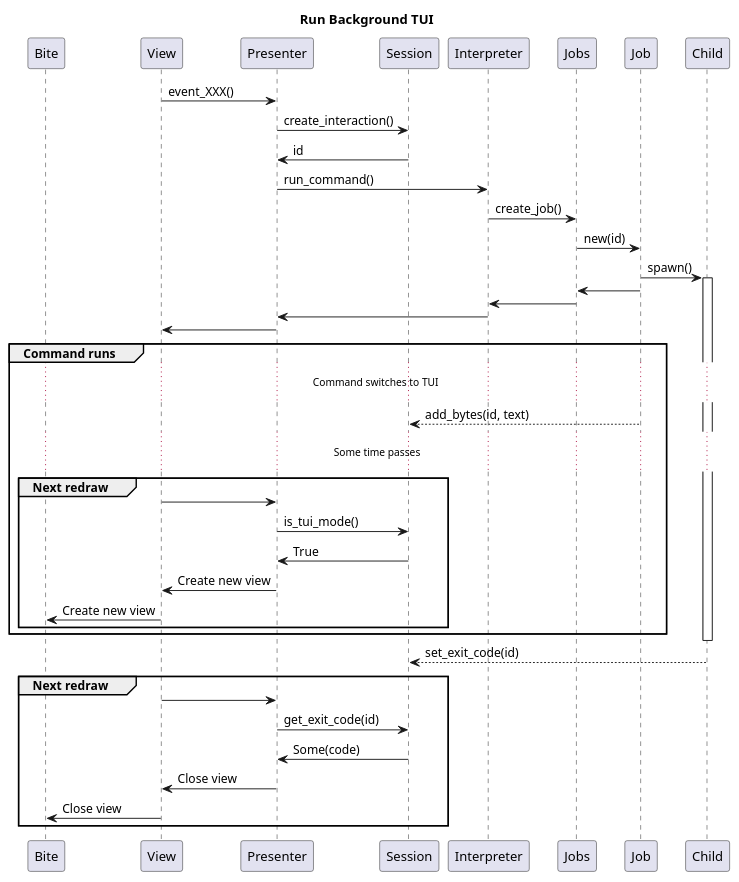
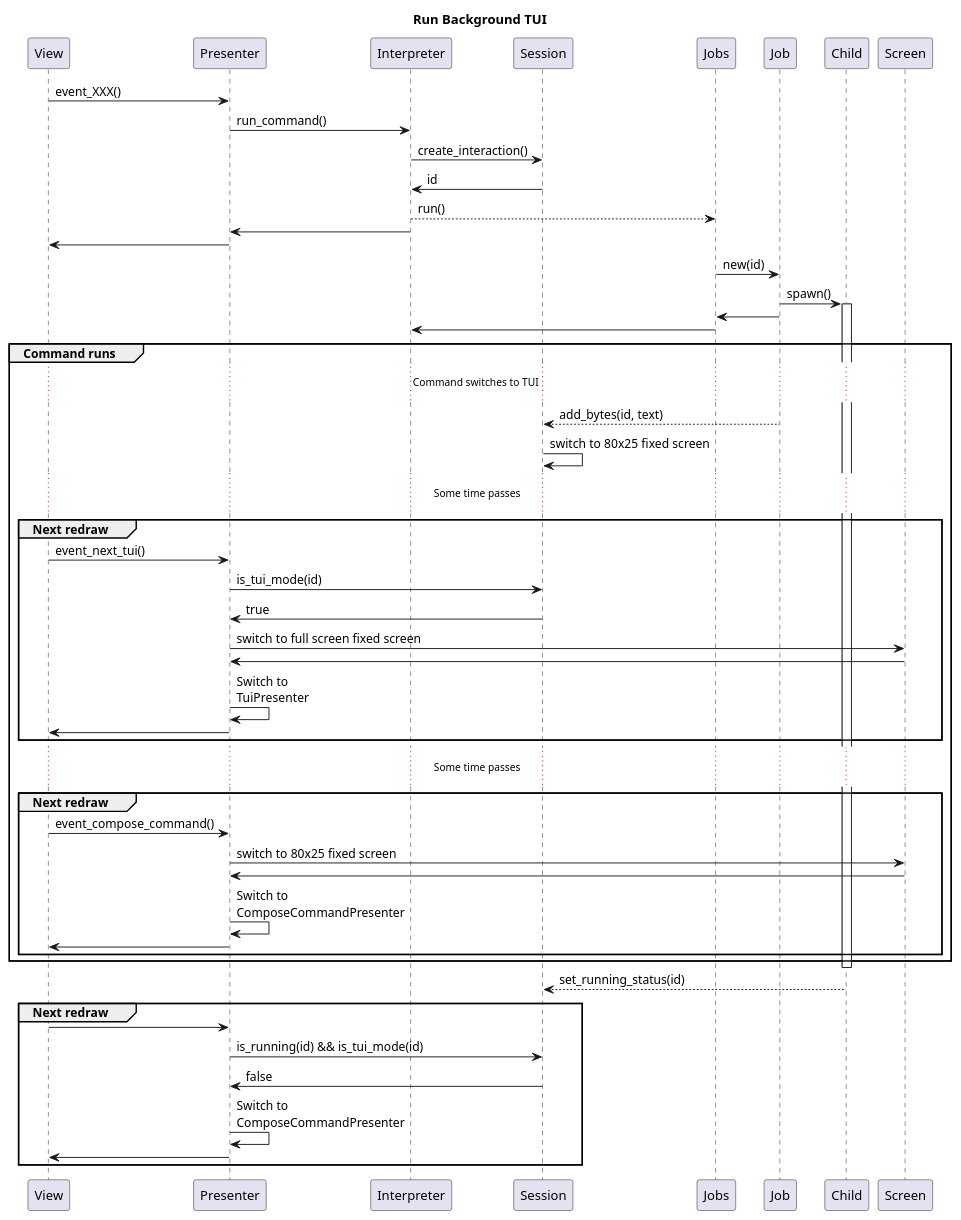
Before and after one commit to LarsEKrueger/bite: the seventh of 7 diagrams in doc/architecture.pu, drawn with PlantUML. The commit also changed other lines of this file and 10 other files, not shown here.

```diff
--- a/doc/architecture.pu
+++ b/doc/architecture.pu
@@ -235,44 +216,54 @@
 @startuml
 title Run Background TUI
 
-participant Bite
+View -> Presenter : event_XXX()
+Presenter -> Interpreter : run_command()
+Interpreter -> Session : create_interaction()
+Session -> Interpreter : id
+Interpreter --> Jobs : run()
+Interpreter -> Presenter
+Presenter -> View
 
-View -> Presenter : event_XXX()
-Presenter -> Session : create_interaction()
-Session -> Presenter : id
-
-Presenter -> Interpreter : run_command()
-Interpreter -> Jobs : create_job()
 Jobs -> Job : new(id)
 Job -> Child : spawn()
 activate Child
 Job -> Jobs
 Jobs -> Interpreter
-Interpreter -> Presenter
-Presenter -> View
 
 group Command runs
   ... Command switches to TUI  ...
   Job --> Session : add_bytes(id, text)
+  Session -> Session : switch to 80x25 fixed screen
   ... Some time passes ...
   group Next redraw
-    View -> Presenter
-    Presenter -> Session : is_tui_mode()
-    Session -> Presenter : True
-    Presenter -> View : Create new view
-    View -> Bite : Create new view
+    View -> Presenter : event_next_tui()
+    Presenter -> Session : is_tui_mode(id)
+    Session -> Presenter : true
+    Presenter -> Screen : switch to full screen fixed screen
+    Screen -> Presenter
+    Presenter -> Presenter : Switch to\nTuiPresenter
+    Presenter -> View
+  end
+
+  ... Some time passes ...
+  group Next redraw
+    View -> Presenter : event_compose_command()
+    Presenter -> Screen : switch to 80x25 fixed screen
+    Screen -> Presenter
+    Presenter -> Presenter : Switch to\nComposeCommandPresenter
+    Presenter -> View
   end
 end
 
 deactivate Child
-Child --> Session : set_exit_code(id)
+Child --> Session : set_running_status(id)
 
 group Next redraw
   View -> Presenter
-  Presenter -> Session : get_exit_code(id)
-  Session -> Presenter : Some(code)
-  Presenter -> View : Close view
-  View -> Bite : Close view
+  Presenter -> Session : is_running(id) && is_tui_mode(id)
+  Session -> Presenter : false
+  Presenter -> Presenter : Switch to\nComposeCommandPresenter
+  Presenter -> View
 end
 
 @enduml
```
